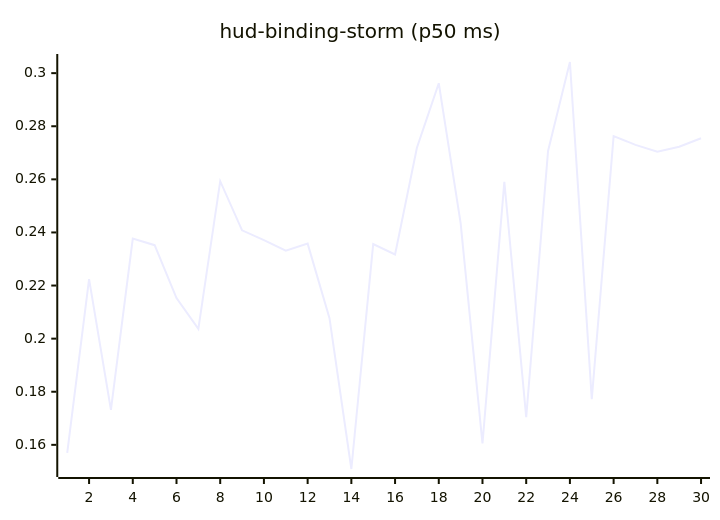
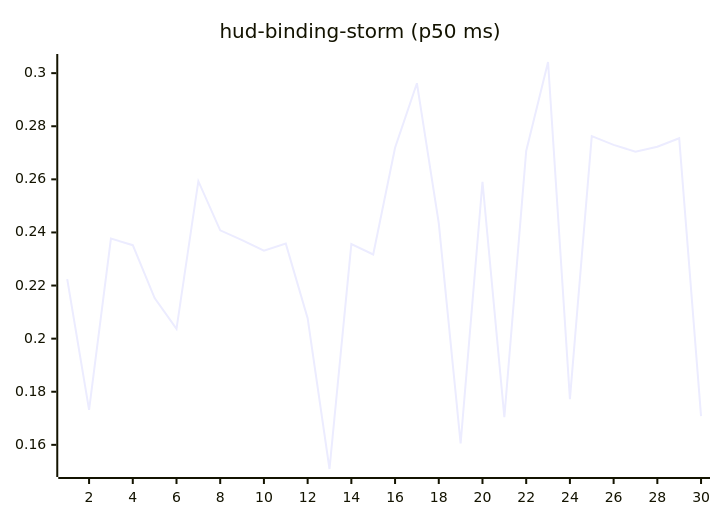
Before and after one commit to josha/Facet: the tenth of 27 diagrams in README.md, drawn with Mermaid. The commit also changed other lines of this file and 2 other files, not shown here.

````diff
--- a/README.md
+++ b/README.md
@@ -126,6 +126,6 @@
 ```mermaid
 xychart-beta
     title "hud-binding-storm (p50 ms)"
     x-axis 1 --> 30
-    line [0.1570, 0.2224, 0.1732, 0.2377, 0.2352, 0.2153, 0.2037, 0.2593, 0.2408, 0.2371, 0.2331, 0.2358, 0.2077, 0.1509, 0.2356, 0.2317, 0.2719, 0.2962, 0.2435, 0.1605, 0.2591, 0.1704, 0.2707, 0.3042, 0.1772, 0.2763, 0.2730, 0.2704, 0.2723, 0.2755]
+    line [0.2224, 0.1732, 0.2377, 0.2352, 0.2153, 0.2037, 0.2593, 0.2408, 0.2371, 0.2331, 0.2358, 0.2077, 0.1509, 0.2356, 0.2317, 0.2719, 0.2962, 0.2435, 0.1605, 0.2591, 0.1704, 0.2707, 0.3042, 0.1772, 0.2763, 0.2730, 0.2704, 0.2723, 0.2755, 0.1708]
 ```
````
